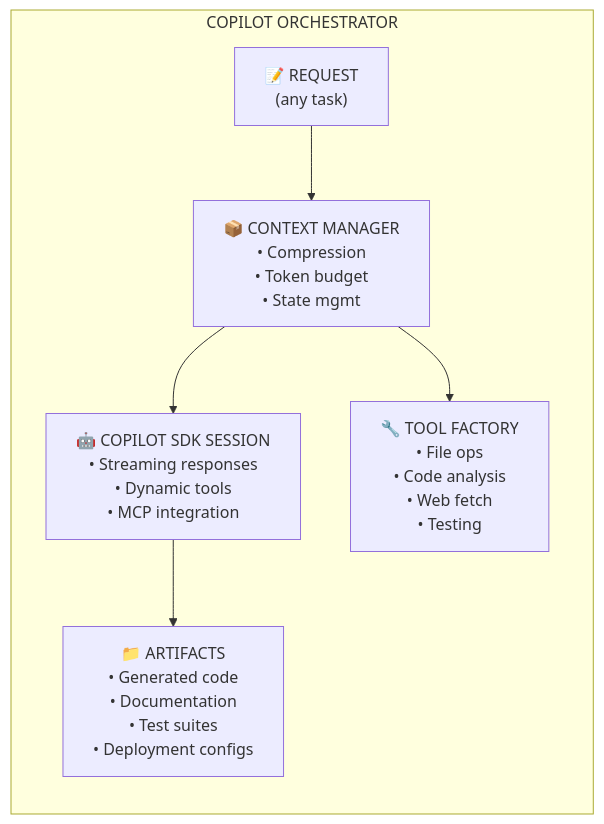
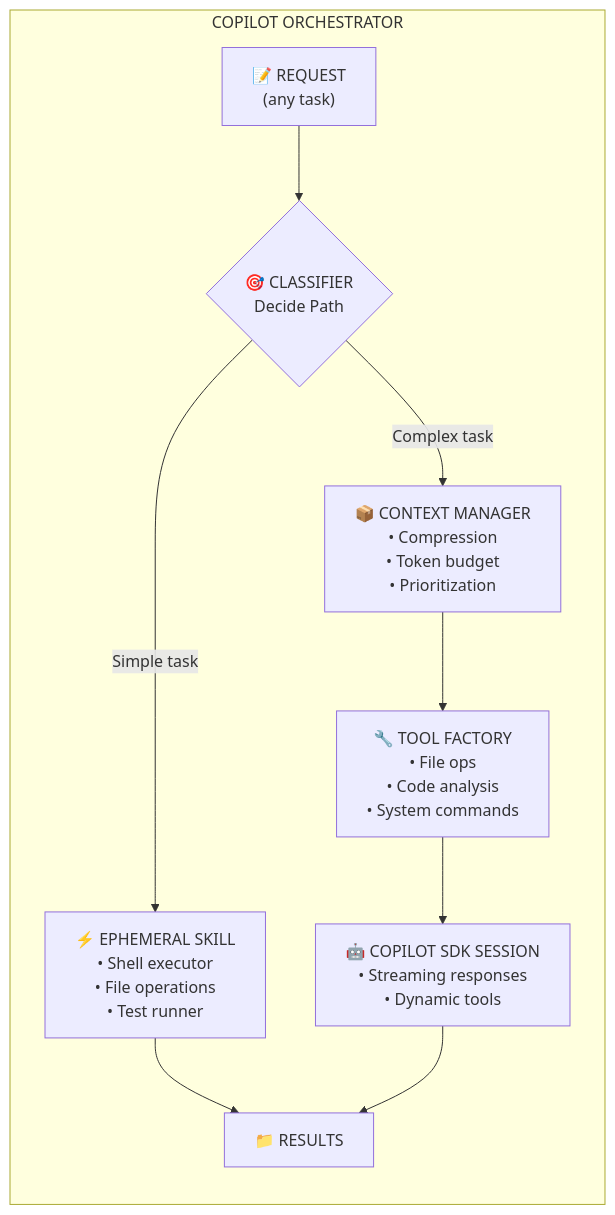
Before and after one commit to samueltauil/skills-hub: the diagram in .github/skills/copilot-orchestrator/SKILL.md, drawn with Mermaid. The commit also changed other lines of this file, not shown here.

Commit message:
Align SKILL.md with actual implementation

````diff
--- a/.github/skills/copilot-orchestrator/SKILL.md
+++ b/.github/skills/copilot-orchestrator/SKILL.md
@@ -15,11 +15,17 @@
 ```mermaid
 flowchart LR
     subgraph orchestrator["COPILOT ORCHESTRATOR"]
-        A["📝 REQUEST<br/>(any task)"] --> B["📦 CONTEXT MANAGER<br/>• Compression<br/>• Token budget<br/>• State mgmt"]
-        B --> C["🤖 COPILOT SDK SESSION<br/>• Streaming responses<br/>• Dynamic tools<br/>• MCP integration"]
+        A["📝 REQUEST<br/>(any task)"] --> B{"🎯 CLASSIFIER<br/>Decide Path"}
         
-        B --> D["🔧 TOOL FACTORY<br/>• File ops<br/>• Code analysis<br/>• Web fetch<br/>• Testing"]
+        B -->|"Simple task"| C["⚡ EPHEMERAL SKILL<br/>• Shell executor<br/>• File operations<br/>• Test runner"]
         
-        C --> E["📁 ARTIFACTS<br/>• Generated code<br/>• Documentation<br/>• Test suites<br/>• Deployment configs"]
+        B -->|"Complex task"| D["📦 CONTEXT MANAGER<br/>• Compression<br/>• Token budget<br/>• Prioritization"]
+        
+        D --> E["🔧 TOOL FACTORY<br/>• File ops<br/>• Code analysis<br/>• System commands"]
+        
+        E --> F["🤖 COPILOT SDK SESSION<br/>• Streaming responses<br/>• Dynamic tools"]
+        
+        C --> G["📁 RESULTS"]
+        F --> G
     end
 ```
````
